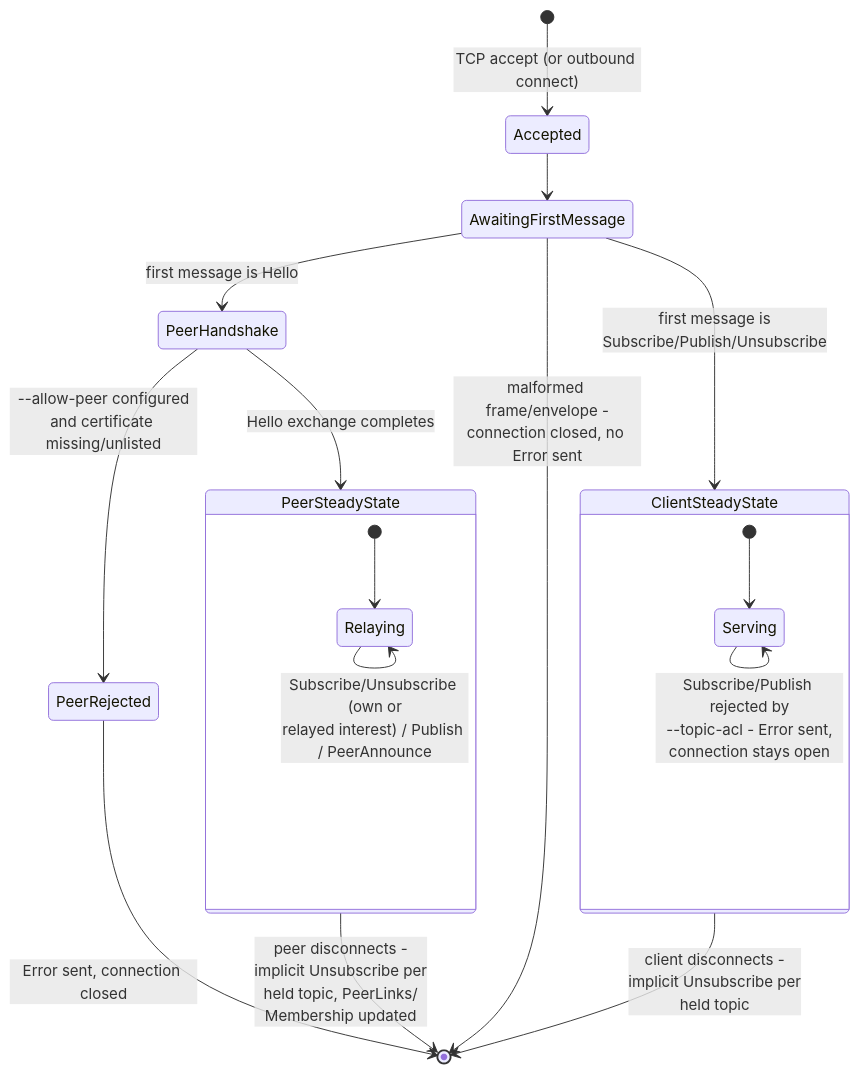
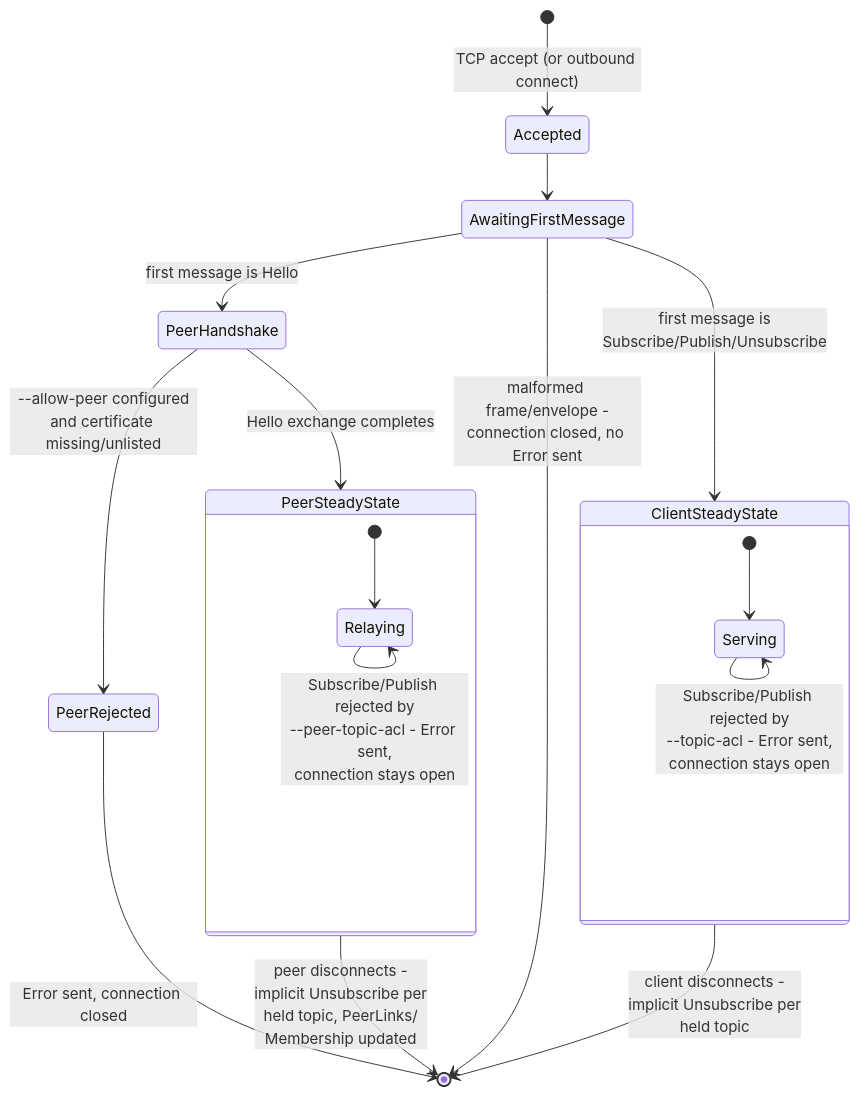
One commit to brunoarueira/thoth-mesh changed the fifth of 5 diagrams in docs/FLOWS.md. Above: the diagram before and after it, drawn with Mermaid. The commit also changed other lines of this file and 12 other files, not shown here.

````diff
--- a/docs/FLOWS.md
+++ b/docs/FLOWS.md
@@ -150,29 +150,30 @@
 ```mermaid
 stateDiagram-v2
     [*] --> Accepted: TCP accept (or outbound connect)
     Accepted --> AwaitingFirstMessage
 
     AwaitingFirstMessage --> PeerHandshake: first message is Hello
     AwaitingFirstMessage --> ClientSteadyState: first message is<br/>Subscribe/Publish/Unsubscribe
 
     PeerHandshake --> PeerRejected: --allow-peer configured<br/>and certificate missing/unlisted
     PeerRejected --> [*]: Error sent, connection closed
 
     PeerHandshake --> PeerSteadyState: Hello exchange completes
 
     state PeerSteadyState {
         [*] --> Relaying
-        Relaying --> Relaying: Subscribe/Unsubscribe (own or<br/>relayed interest) / Publish / PeerAnnounce
+        Relaying --> Relaying: Subscribe/Unsubscribe (own or<br/>relayed interest, --peer-topic-acl-<br/>permitted) / Publish / PeerAnnounce
+        Relaying --> Relaying: Subscribe/Publish rejected by<br/>--peer-topic-acl - Error sent,<br/>connection stays open
     }
 
     state ClientSteadyState {
         [*] --> Serving
         Serving --> Serving: Subscribe/Publish (--topic-acl-<br/>permitted) / Unsubscribe
         Serving --> Serving: Subscribe/Publish rejected by<br/>--topic-acl - Error sent,<br/>connection stays open
     }
 
     PeerSteadyState --> [*]: peer disconnects -<br/>implicit Unsubscribe per<br/>held topic, PeerLinks/<br/>Membership updated
     ClientSteadyState --> [*]: client disconnects -<br/>implicit Unsubscribe per<br/>held topic
 
     AwaitingFirstMessage --> [*]: malformed frame/envelope -<br/>connection closed, no Error sent
 ```
````
